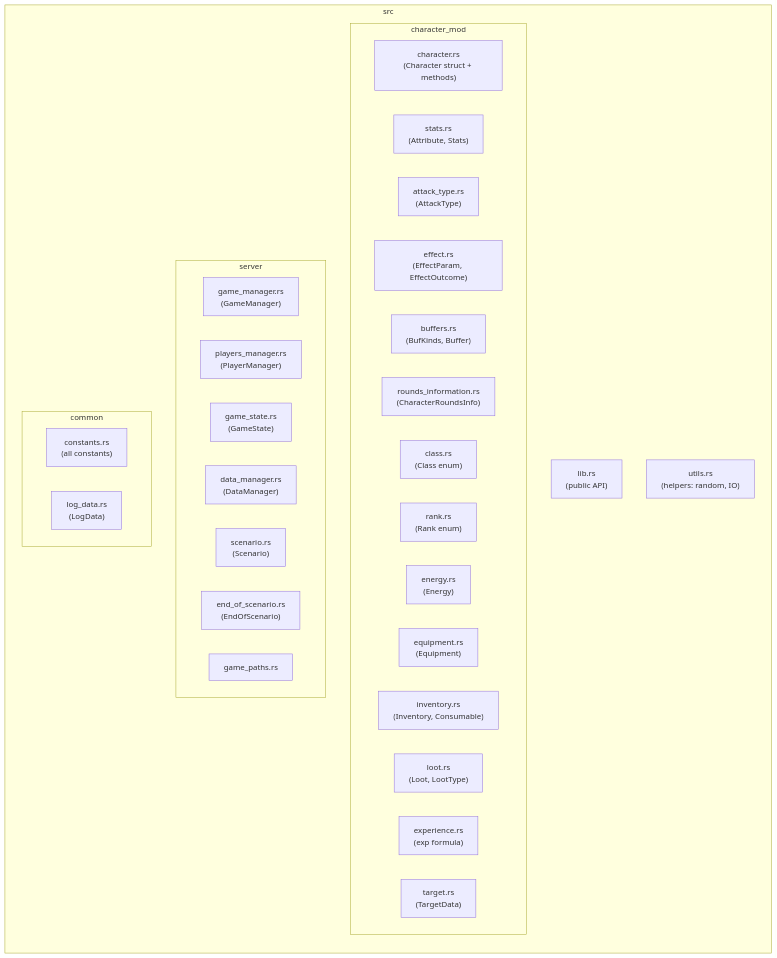
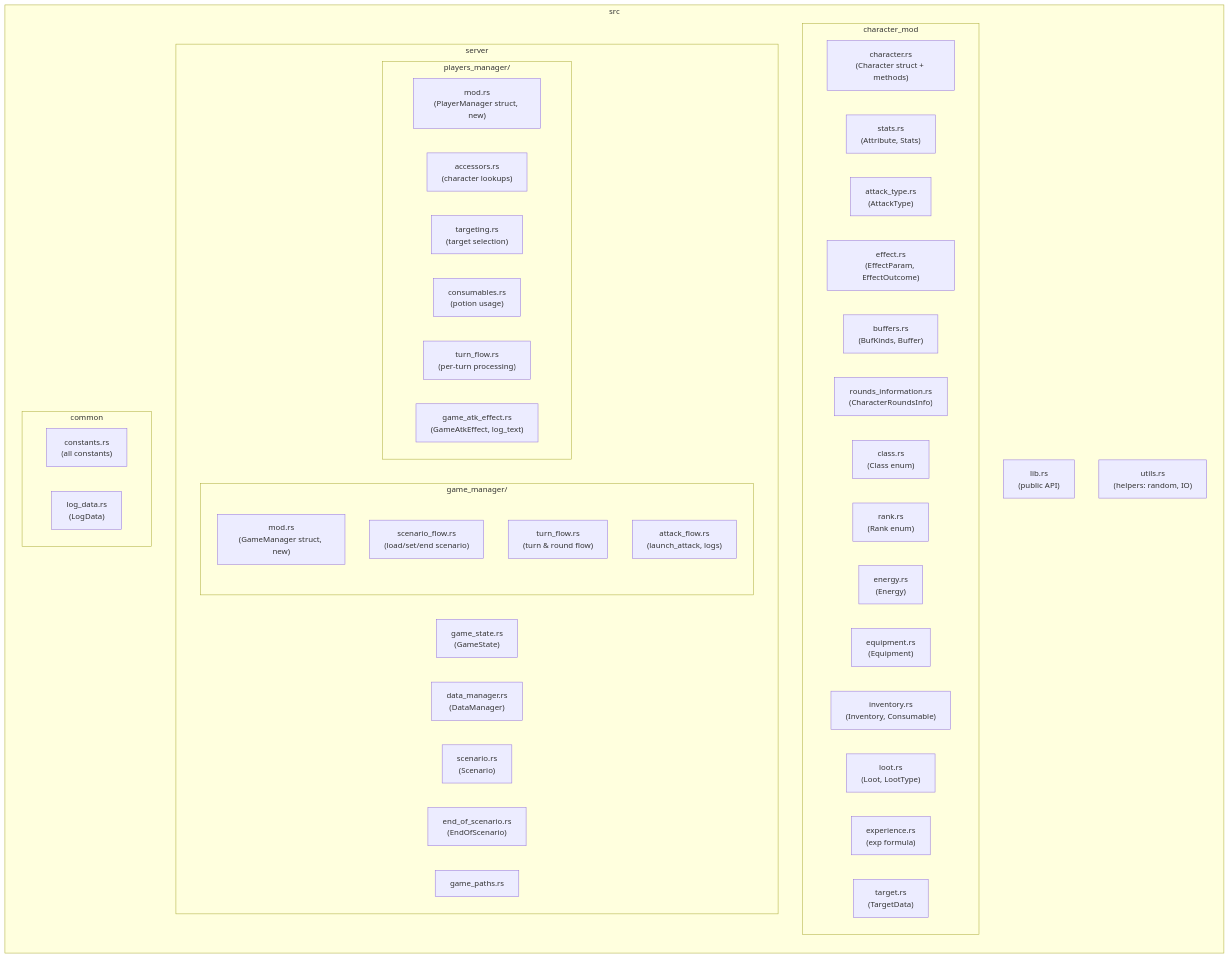
Before and after one commit to r0nd0ud0u/lib-rpg: the second of 7 diagrams in docs/architecture.md, drawn with Mermaid. The commit also changed 17 other files, not shown here.

First line of the commit message:
Refactoring game player manager (#230)

````diff
--- a/docs/architecture.md
+++ b/docs/architecture.md
@@ -41,36 +41,48 @@
 ```mermaid
 flowchart LR
     subgraph src
         lib["lib.rs\n(public API)"]
         utils["utils.rs\n(helpers: random, IO)"]
         subgraph character_mod
             character["character.rs\n(Character struct + methods)"]
             stats_rs["stats.rs\n(Attribute, Stats)"]
             attack_type["attack_type.rs\n(AttackType)"]
             effect_rs["effect.rs\n(EffectParam, EffectOutcome)"]
             buffers_rs["buffers.rs\n(BufKinds, Buffer)"]
             rounds_info["rounds_information.rs\n(CharacterRoundsInfo)"]
             class_rs["class.rs\n(Class enum)"]
             rank_rs["rank.rs\n(Rank enum)"]
             energy_rs["energy.rs\n(Energy)"]
             equipment_rs["equipment.rs\n(Equipment)"]
             inventory_rs["inventory.rs\n(Inventory, Consumable)"]
             loot_rs["loot.rs\n(Loot, LootType)"]
             experience_rs["experience.rs\n(exp formula)"]
             target_rs["target.rs\n(TargetData)"]
         end
         subgraph server
-            game_manager_rs["game_manager.rs\n(GameManager)"]
-            players_manager_rs["players_manager.rs\n(PlayerManager)"]
+            subgraph game_manager_dir["game_manager/"]
+                gm_mod["mod.rs\n(GameManager struct, new)"]
+                gm_scenario["scenario_flow.rs\n(load/set/end scenario)"]
+                gm_turn["turn_flow.rs\n(turn & round flow)"]
+                gm_attack["attack_flow.rs\n(launch_attack, logs)"]
+            end
+            subgraph players_manager_dir["players_manager/"]
+                pm_mod["mod.rs\n(PlayerManager struct, new)"]
+                pm_accessors["accessors.rs\n(character lookups)"]
+                pm_targeting["targeting.rs\n(target selection)"]
+                pm_consumables["consumables.rs\n(potion usage)"]
+                pm_turn["turn_flow.rs\n(per-turn processing)"]
+                pm_gae["game_atk_effect.rs\n(GameAtkEffect, log_text)"]
+            end
             game_state_rs["game_state.rs\n(GameState)"]
             data_manager_rs["data_manager.rs\n(DataManager)"]
             scenario_rs["scenario.rs\n(Scenario)"]
             end_scenario["end_of_scenario.rs\n(EndOfScenario)"]
             game_paths["game_paths.rs"]
         end
         subgraph common
             constants_rs["constants.rs\n(all constants)"]
             log_data["log_data.rs\n(LogData)"]
         end
     end
 ```
````
